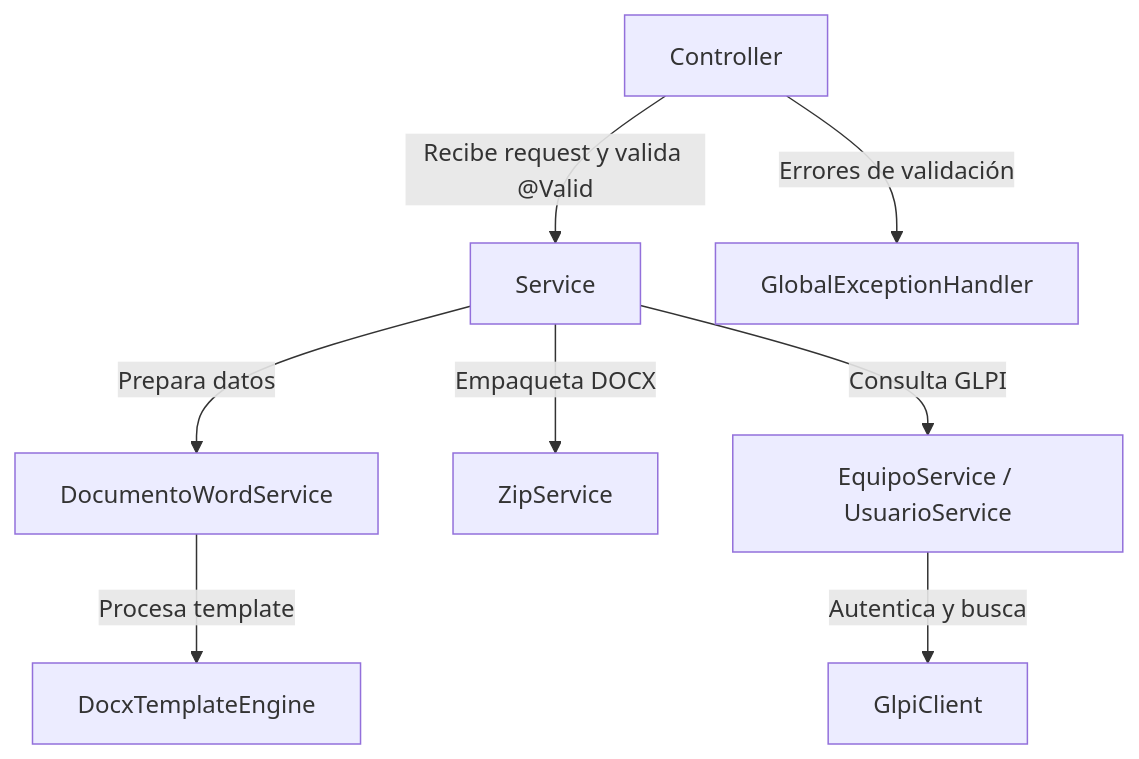
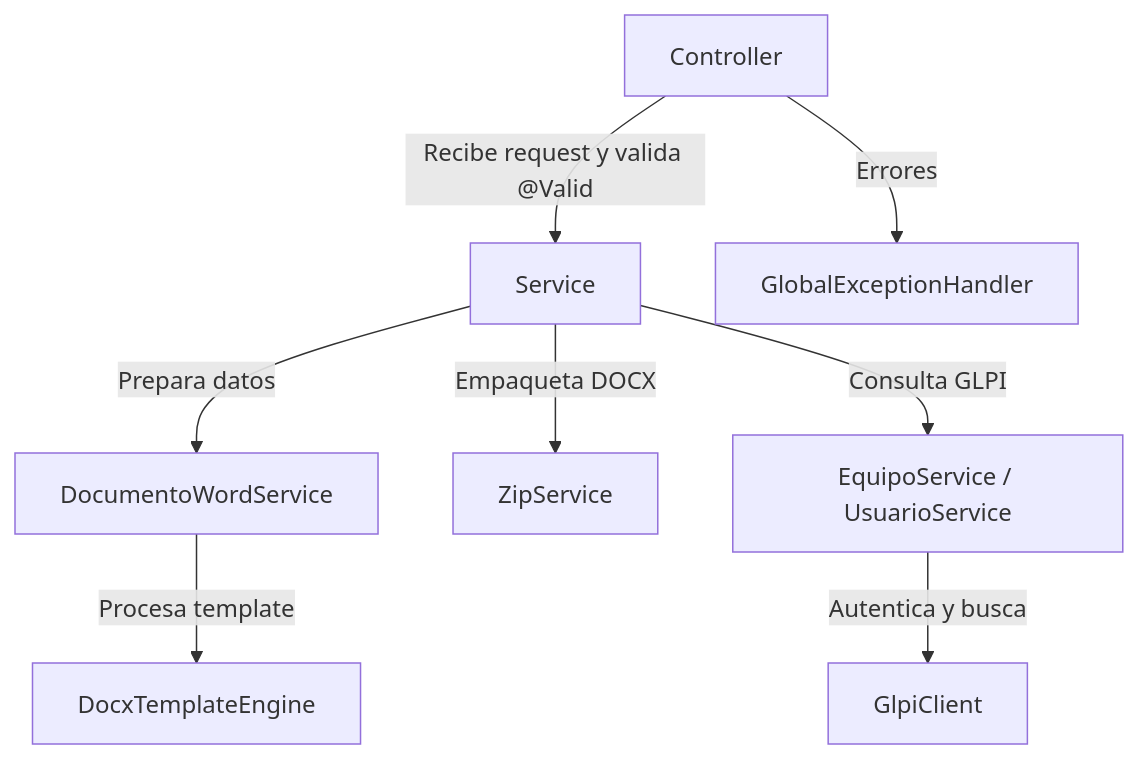
The second of 6 diagrams in ARQUITECTURA.md (juanjosehc/actas-glpi), drawn with Mermaid before and after one commit. The commit also changed other lines of this file and 11 other files, not shown here.

````diff
--- a/ARQUITECTURA.md
+++ b/ARQUITECTURA.md
@@ -89,10 +96,10 @@
 ```mermaid
 graph TD
-    A[Controller] -->|Recibe request y valida @Valid| B[Service]
-    B -->|Prepara datos| C[DocumentoWordService]
-    C -->|Procesa template| D[DocxTemplateEngine]
-    B -->|Empaqueta DOCX| E[ZipService]
-    B -->|Consulta GLPI| F[EquipoService / UsuarioService]
-    F -->|Autentica y busca| G[GlpiClient]
-    A -->|Errores de validación| H[GlobalExceptionHandler]
+    A["Controller"] -->|"Recibe request y valida @Valid"| B["Service"]
+    B -->|"Prepara datos"| C["DocumentoWordService"]
+    C -->|"Procesa template"| D["DocxTemplateEngine"]
+    B -->|"Empaqueta DOCX"| E["ZipService"]
+    B -->|"Consulta GLPI"| F["EquipoService / UsuarioService"]
+    F -->|"Autentica y busca"| G["GlpiClient"]
+    A -->|"Errores"| H["GlobalExceptionHandler"]
 ```
````
